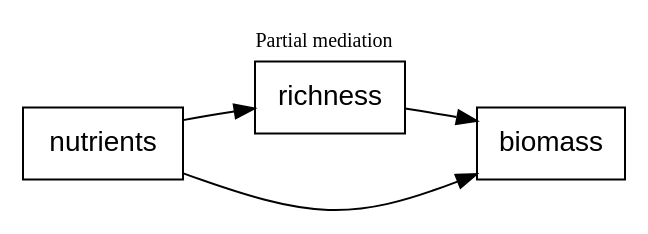
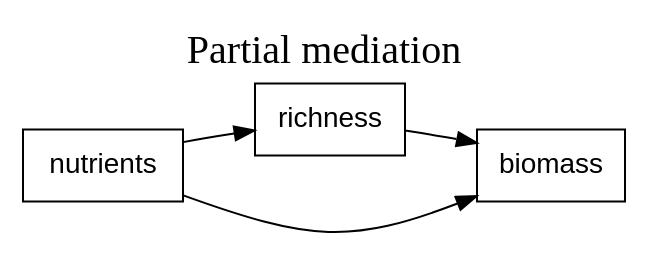
Before and after one commit to pennekampster/Swiss_SEM: diagram 16 of 28 in 5_Slides/Intro_to_SEM_part1.qmd, drawn with Graphviz. The commit also changed other lines of this file and 5 other files, not shown here.

````diff
--- a/5_Slides/Intro_to_SEM_part1.qmd
+++ b/5_Slides/Intro_to_SEM_part1.qmd
@@ -761,28 +885,28 @@
 ```{dot}
-//| fig-width: 6
+//| fig-width: 5
 digraph  {
 
    label     = "Partial mediation"
    labelloc  =  t // t: Place the graph's title on top.
-   fontsize  = 10 // Make title stand out by giving a large font size
+   fontsize  = 20 // Make title stand out by giving a large font size
 
   # a 'graph' statement
-  graph [overlap = false, fontsize = 10, layout = dot, splines = curved,
+  graph [overlap = false, layout = dot, splines = curved,
        rankdir = LR]
 
   # several 'node' statements
   node [shape = box,
         fontname = Helvetica]
         
   nutrients; richness; biomass;
 
   # several 'edge' statements
     nutrients->richness [style=solid];
     richness->biomass [style=solid];
     nutrients->biomass [style=solid];
 
     {rank=min; nutrients;}
     {rank=max; biomass;}
     {rank=same; richness;}
 }
 ```
````
